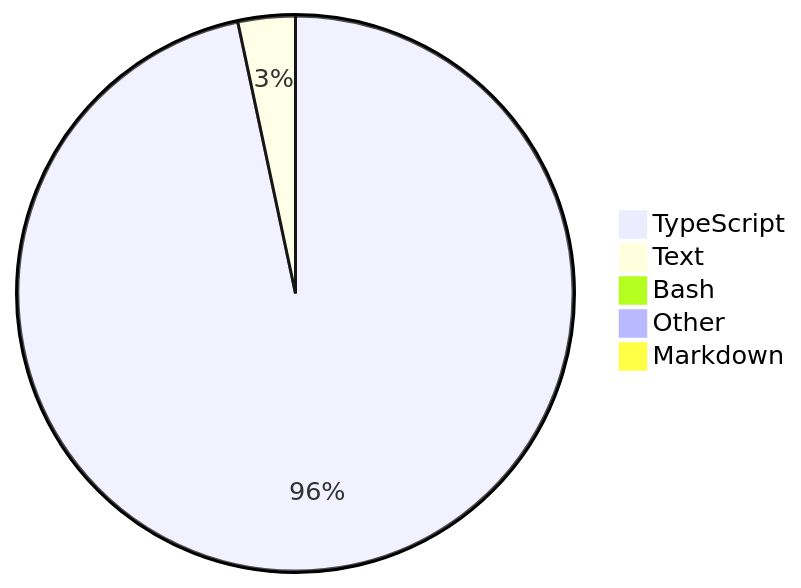
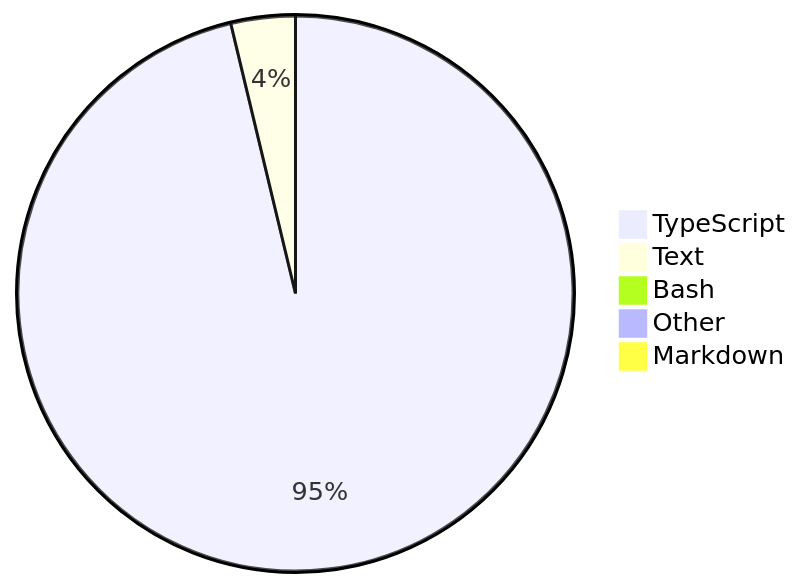
One commit to skvggor/skvggor changed the diagram in README.md. Above: the diagram before and after it, drawn with Mermaid.

Commit message:
Updated waka-readme graph with new metrics

````diff
--- a/README.md
+++ b/README.md
@@ -28,8 +28,8 @@
 ```mermaid
 pie
-    "TypeScript" : 95.7
-    "Text" : 3.3
-    "Bash" : 0.5
-    "Other" : 0.4
+    "TypeScript" : 95.1
+    "Text" : 3.7
+    "Bash" : 0.6
+    "Other" : 0.5
     "Markdown" : 0.0
 ```
````
